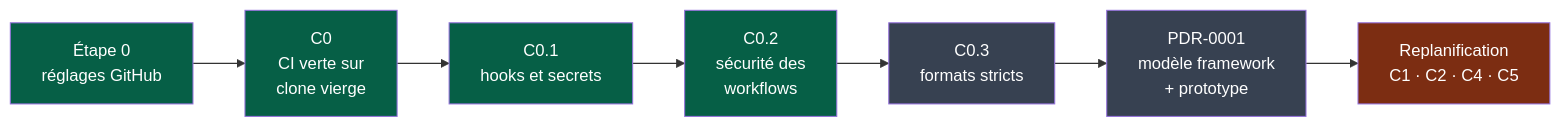
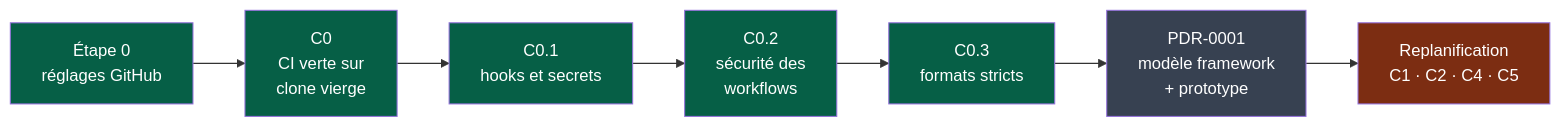
Before and after one commit to NapkinStack/engineering-os: the first of 2 diagrams in docs/governance/chantiers.md, drawn with Mermaid. The commit also changed other lines of this file and 7 other files, not shown here.

First line of the commit message:
C0.3 — Formats stricts (#6)

````diff
--- a/docs/governance/chantiers.md
+++ b/docs/governance/chantiers.md
@@ -10,14 +10,14 @@
 ```mermaid
 flowchart LR
     S0["Étape 0<br/>réglages GitHub"]:::fait --> C0["C0<br/>CI verte sur<br/>clone vierge"]:::fait
     C0 --> C01["C0.1<br/>hooks et secrets"]:::fait
     C01 --> C02["C0.2<br/>sécurité des<br/>workflows"]:::fait
-    C02 --> C03["C0.3<br/>formats stricts"]:::afaire
+    C02 --> C03["C0.3<br/>formats stricts"]:::fait
     C03 --> PDR["PDR-0001<br/>modèle framework<br/>+ prototype"]:::afaire
     PDR --> RP["Replanification<br/>C1 · C2 · C4 · C5"]:::bloque
 
     classDef fait fill:#065f46,color:#fff
     classDef partiel fill:#92400e,color:#fff
     classDef afaire fill:#374151,color:#fff
     classDef bloque fill:#7c2d12,color:#fff
 ```
````
